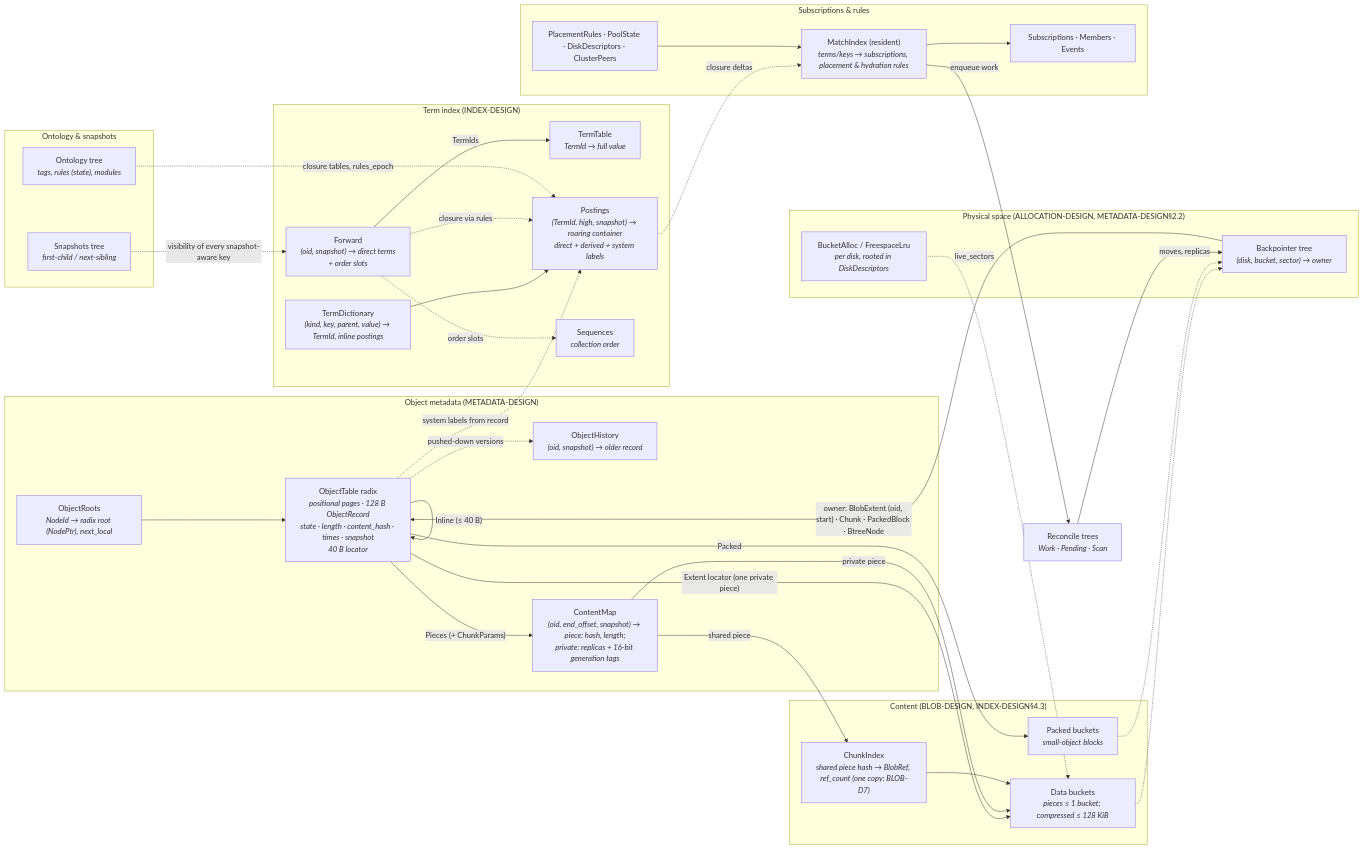
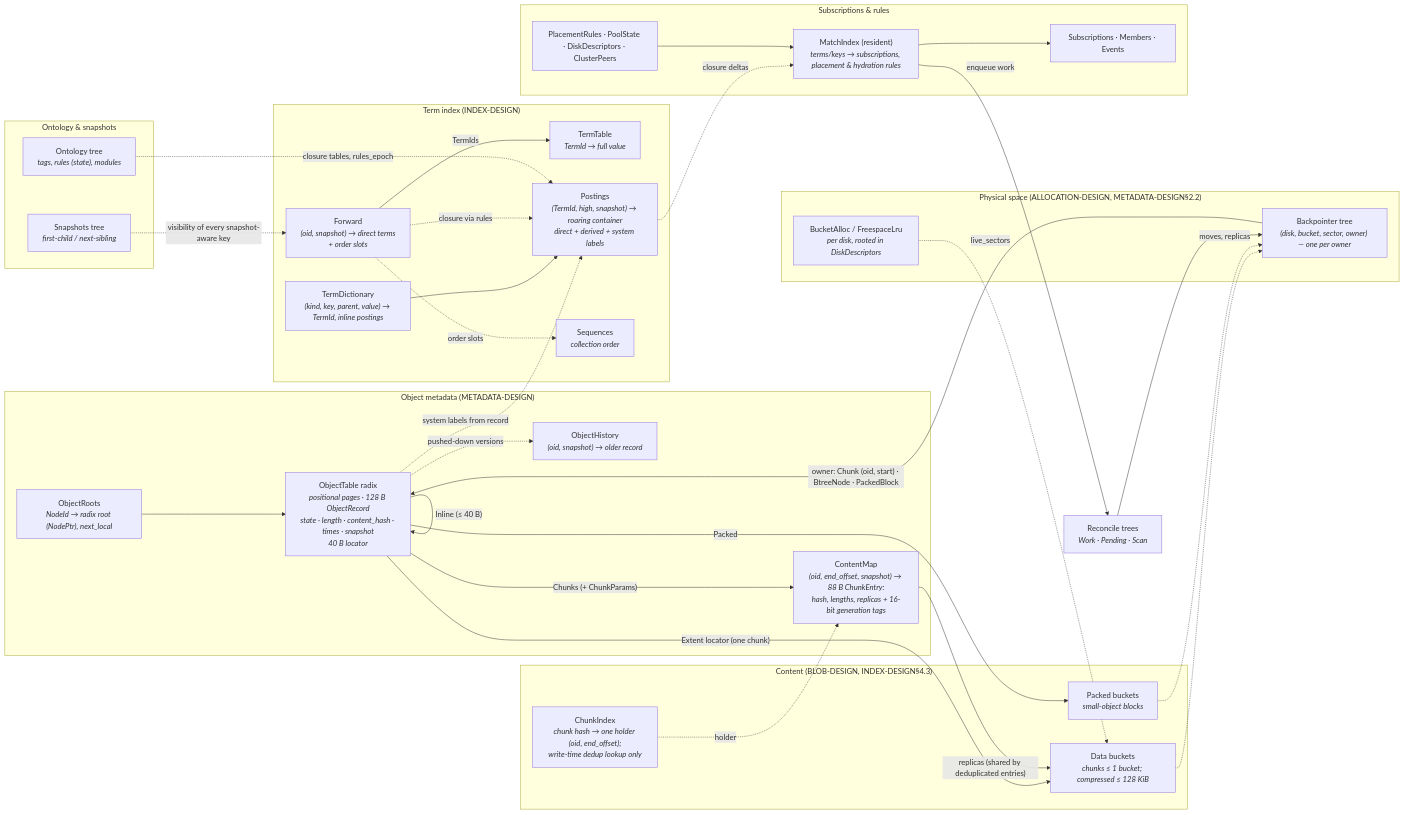
One commit to metta-systems/mimisbrunnr changed the second of 2 diagrams in doc/agentic/specification-design.md. Above: the diagram before and after it, drawn with Mermaid. The commit also changed other lines of this file and 29 other files, not shown here.

Commit message:
Unified chunk model: every chunk replicated in one 88-byte ChunkEntry shape; deduplication as a relation with per-owner backpointers, on by default, background dedup for streams; chunk ops, op kinds 0-37

````diff
--- a/doc/agentic/specification-design.md
+++ b/doc/agentic/specification-design.md
@@ -1506,65 +1519,65 @@
 ```mermaid
 flowchart LR
     subgraph Meta["Object metadata (METADATA-DESIGN)"]
         OR["ObjectRoots<br/><i>NodeId → radix root (NodePtr), next_local</i>"]
         OT["ObjectTable radix<br/><i>positional pages · 128 B ObjectRecord<br/>state · length · content_hash · times · snapshot<br/>40 B locator</i>"]
         OH["ObjectHistory<br/><i>(oid, snapshot) → older record</i>"]
-        ET["ContentMap<br/><i>(oid, end_offset, snapshot) → piece: hash, length;<br/>private: replicas + 16-bit generation tags</i>"]
+        ET["ContentMap<br/><i>(oid, end_offset, snapshot) → 88 B ChunkEntry:<br/>hash, lengths, replicas + 16-bit generation tags</i>"]
         OR --> OT
         OT -.->|"pushed-down versions"| OH
     end
 
     subgraph Content["Content (BLOB-DESIGN, INDEX-DESIGN§4.3)"]
-        DATA["Data buckets<br/><i>pieces ≤ 1 bucket; compressed ≤ 128 KiB</i>"]
+        DATA["Data buckets<br/><i>chunks ≤ 1 bucket; compressed ≤ 128 KiB</i>"]
         PACK["Packed buckets<br/><i>small-object blocks</i>"]
-        CI["ChunkIndex<br/><i>shared piece hash → BlobRef, ref_count (one copy: BLOB-D7)</i>"]
+        CI["ChunkIndex<br/><i>chunk hash → one holder (oid, end_offset);<br/>write-time dedup lookup only</i>"]
     end
 
     OT -->|"Inline (≤ 40 B)"| OT
-    OT -->|"Extent locator (one private piece)"| DATA
-    OT -->|"Pieces (+ ChunkParams)"| ET
-    ET -->|"private piece"| DATA
-    ET -->|"shared piece"| CI --> DATA
+    OT -->|"Extent locator (one chunk)"| DATA
+    OT -->|"Chunks (+ ChunkParams)"| ET
+    ET -->|"replicas (shared by deduplicated entries)"| DATA
+    CI -.->|"holder"| ET
     OT -->|"Packed"| PACK
 
     subgraph Index["Term index (INDEX-DESIGN)"]
         FW["Forward<br/><i>(oid, snapshot) → direct terms<br/>+ order slots</i>"]
         TD["TermDictionary<br/><i>(kind, key, parent, value) → TermId, inline postings</i>"]
         TT["TermTable<br/><i>TermId → full value</i>"]
         PO["Postings<br/><i>(TermId, high, snapshot) → roaring container<br/>direct + derived + system labels</i>"]
         SQ["Sequences<br/><i>collection order</i>"]
         FW -->|"TermIds"| TT
         TD --> PO
         FW -.->|"closure via rules"| PO
         FW -.->|"order slots"| SQ
     end
 
     OT -.->|"system labels from record"| PO
 
     subgraph Ont["Ontology & snapshots"]
         ON["Ontology tree<br/><i>tags, rules (state), modules</i>"]
         SN["Snapshots tree<br/><i>first-child / next-sibling</i>"]
     end
     ON -.->|"closure tables, rules_epoch"| PO
     SN -.->|"visibility of every snapshot-aware key"| FW
 
     subgraph Phys["Physical space (ALLOCATION-DESIGN, METADATA-DESIGN§2.2)"]
-        BP["Backpointer tree<br/><i>(disk, bucket, sector) → owner</i>"]
+        BP["Backpointer tree<br/><i>(disk, bucket, sector, owner) — one per owner</i>"]
         BA["BucketAlloc / FreespaceLru<br/><i>per disk, rooted in DiskDescriptors</i>"]
     end
-    BP -->|"owner: BlobExtent (oid, start) · Chunk · PackedBlock · BtreeNode"| OT
+    BP -->|"owner: Chunk (oid, start) · BtreeNode · PackedBlock"| OT
     DATA -.-> BP
     PACK -.-> BP
     BA -.->|"live_sectors"| DATA
 
     subgraph Watch["Subscriptions & rules"]
         SUB["Subscriptions · Members · Events"]
         MI["MatchIndex (resident)<br/><i>terms/keys → subscriptions, placement & hydration rules</i>"]
         PR["PlacementRules · PoolState · DiskDescriptors · ClusterPeers"]
     end
     PO -.->|"closure deltas"| MI
     MI --> SUB
     MI -->|"enqueue work"| RC["Reconcile trees<br/><i>Work · Pending · Scan</i>"]
     PR --> MI
     RC -->|"moves, replicas"| BP
 ```
````
